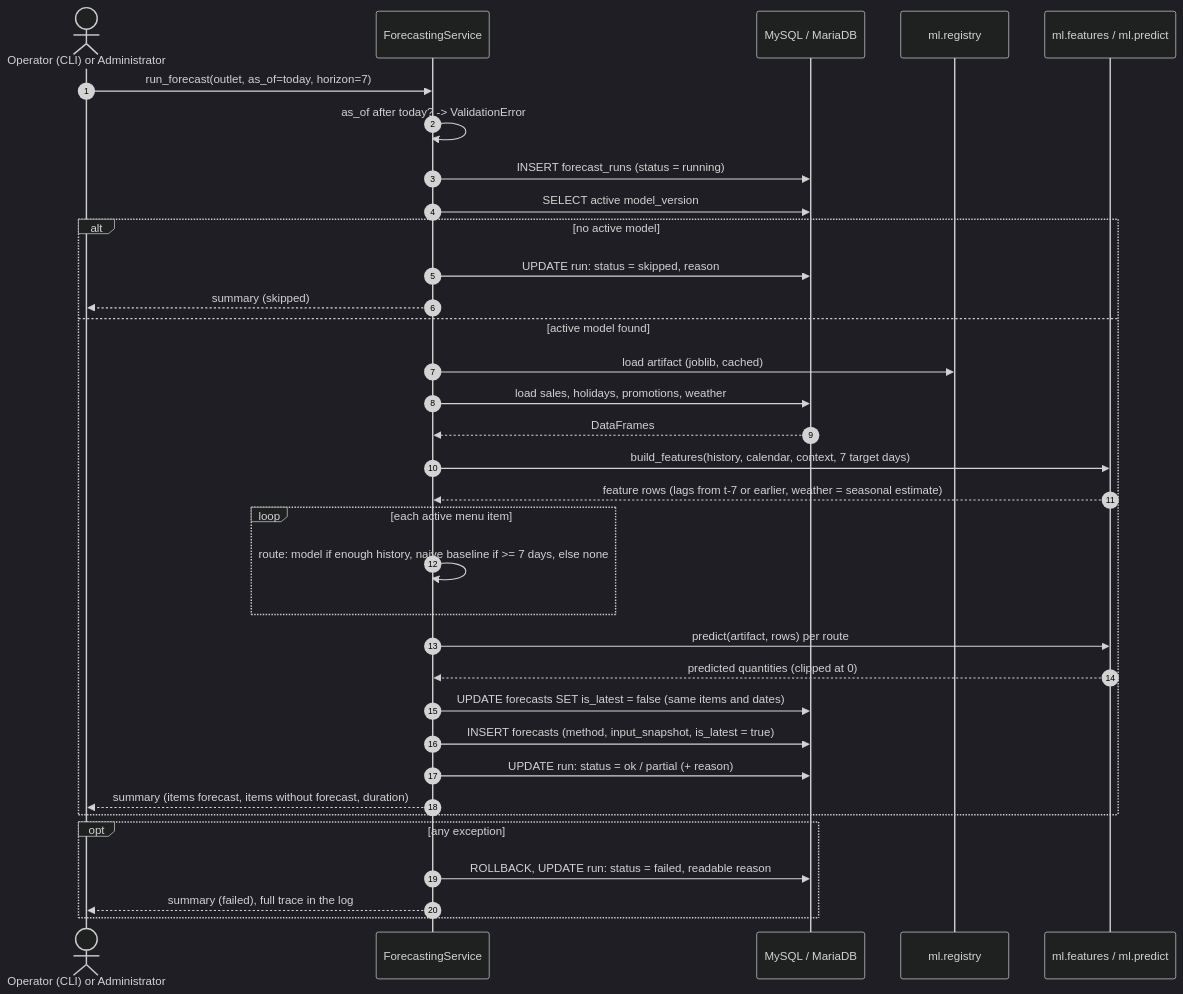
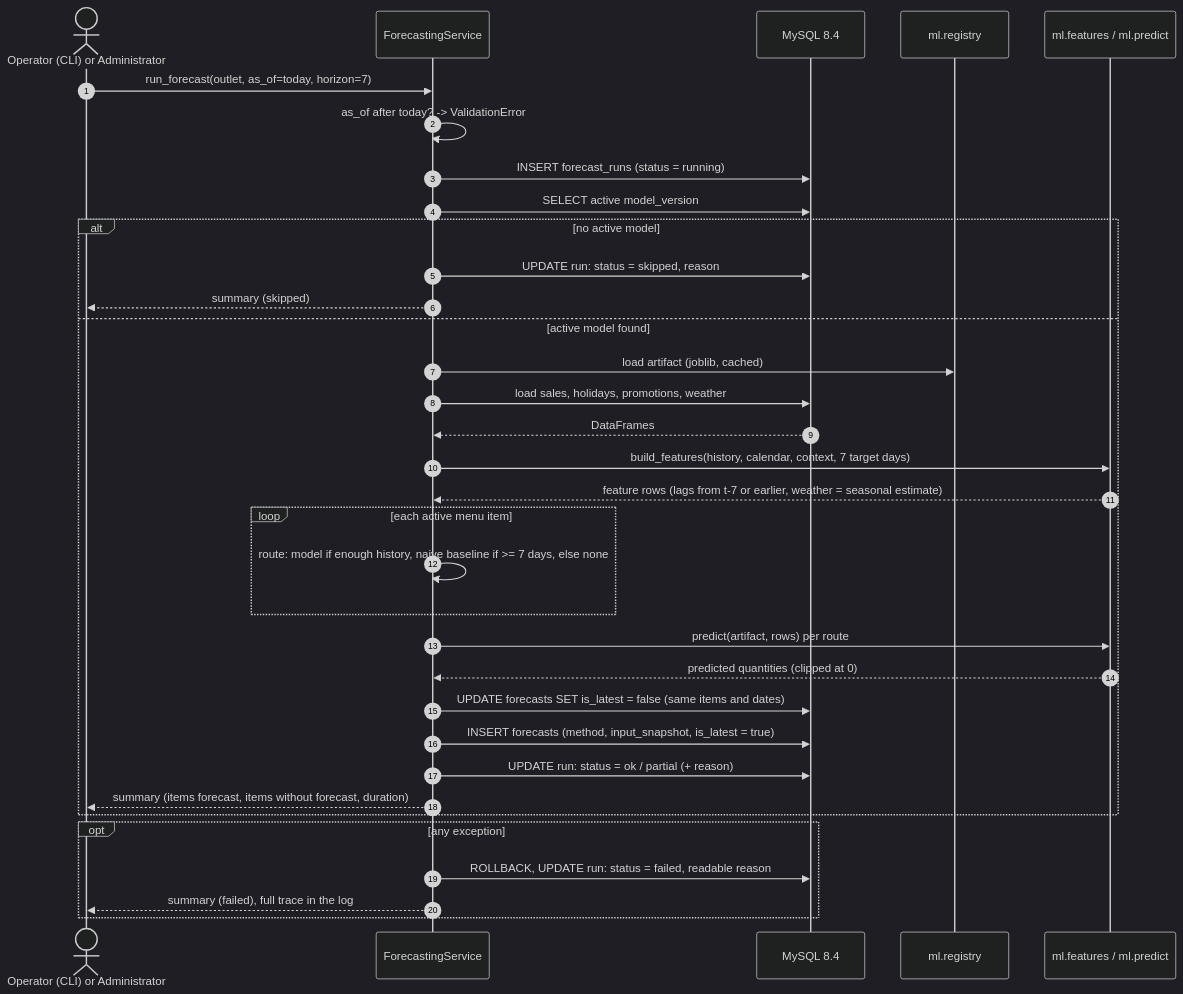
One commit to sashiiimp/SmartRestaurant changed the diagram in docs/diagrams/05_seq_forecast_run.mmd. Above: the diagram before and after it, drawn with Mermaid (dark theme). The commit also changed 19 other files, not shown here.

```diff
--- a/docs/diagrams/05_seq_forecast_run.mmd
+++ b/docs/diagrams/05_seq_forecast_run.mmd
@@ -1,36 +1,36 @@
 %% Sequence diagram 1: generating the 7-day forecast (ForecastingService.run_forecast, app/ml).
 sequenceDiagram
   autonumber
   actor U as Operator (CLI) or Administrator
   participant F as ForecastingService
-  participant D as MySQL / MariaDB
+  participant D as MySQL 8.4
   participant R as ml.registry
   participant M as ml.features / ml.predict
 
   U->>F: run_forecast(outlet, as_of=today, horizon=7)
   F->>F: as_of after today? -> ValidationError
   F->>D: INSERT forecast_runs (status = running)
   F->>D: SELECT active model_version
   alt no active model
     F->>D: UPDATE run: status = skipped, reason
     F-->>U: summary (skipped)
   else active model found
     F->>R: load artifact (joblib, cached)
     F->>D: load sales, holidays, promotions, weather
     D-->>F: DataFrames
     F->>M: build_features(history, calendar, context, 7 target days)
     M-->>F: feature rows (lags from t-7 or earlier, weather = seasonal estimate)
     loop each active menu item
       F->>F: route: model if enough history, naive baseline if >= 7 days, else none
     end
     F->>M: predict(artifact, rows) per route
     M-->>F: predicted quantities (clipped at 0)
     F->>D: UPDATE forecasts SET is_latest = false (same items and dates)
     F->>D: INSERT forecasts (method, input_snapshot, is_latest = true)
     F->>D: UPDATE run: status = ok / partial (+ reason)
     F-->>U: summary (items forecast, items without forecast, duration)
   end
   opt any exception
     F->>D: ROLLBACK, UPDATE run: status = failed, readable reason
     F-->>U: summary (failed), full trace in the log
   end
```
